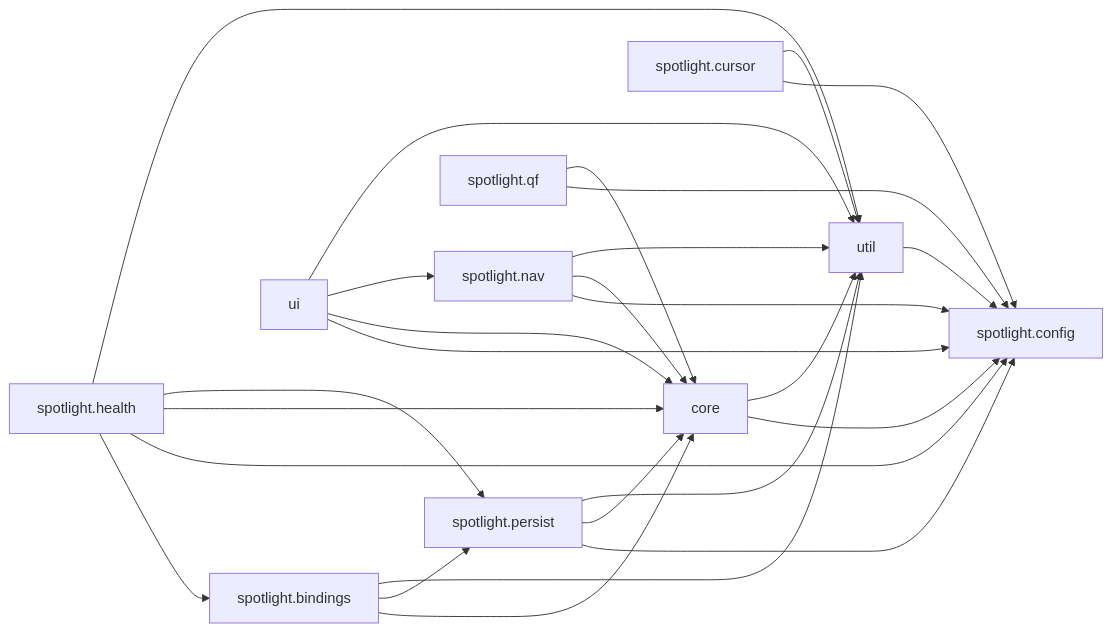
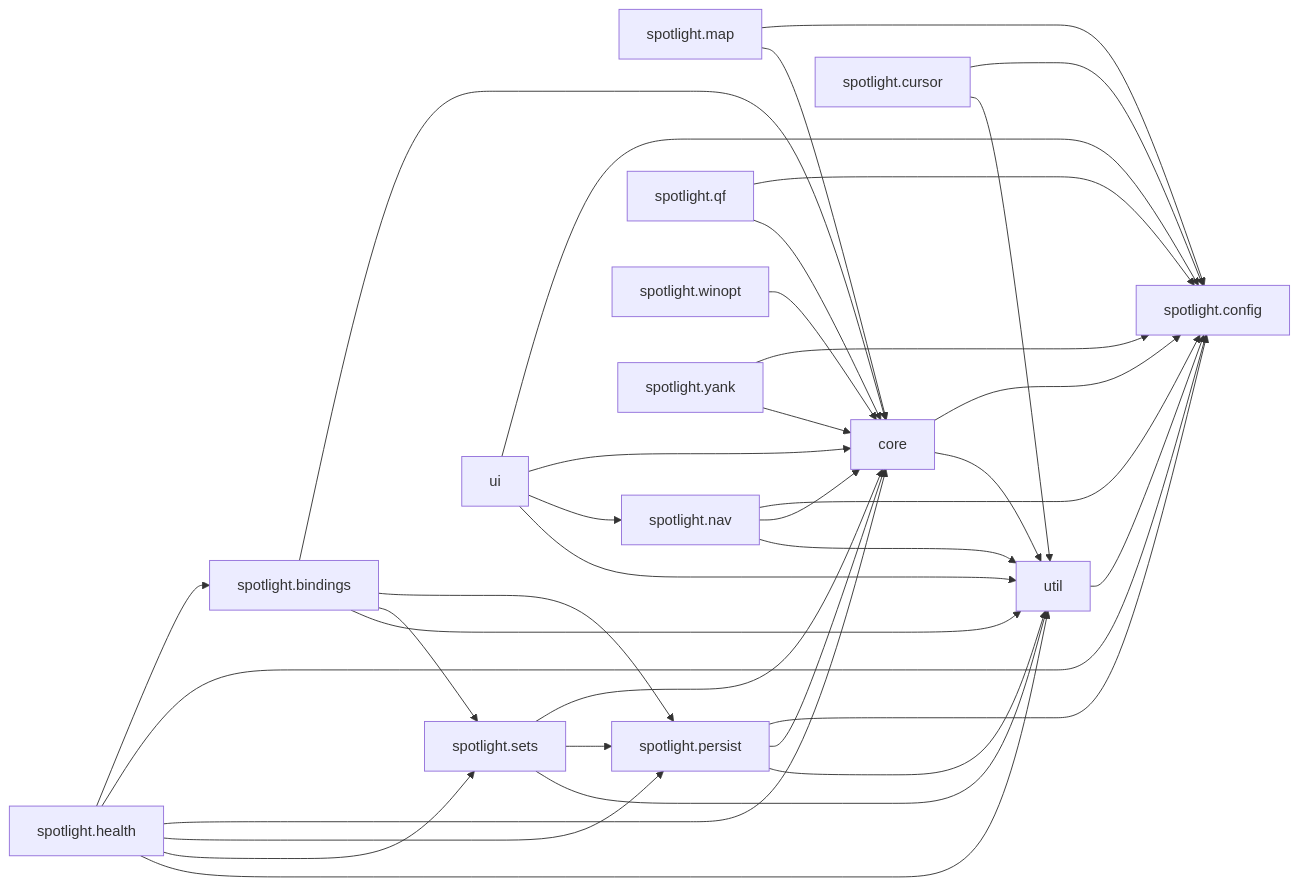
Before and after one commit to StefanBartl/spotlight.nvim: the second of 2 diagrams in docs/map/overview.md, drawn with Mermaid. The commit also changed other lines of this file and 2 other files, not shown here.

Commit message:
docs: update docmap

````diff
--- a/docs/map/overview.md
+++ b/docs/map/overview.md
@@ -38,38 +38,52 @@
 ```mermaid
 flowchart LR
   nlua_spotlight_bindings["spotlight.bindings"]
   nlua_spotlight_config["spotlight.config"]
   nlua_spotlight_core["core"]
   nlua_spotlight_cursor_lua["spotlight.cursor"]
   nlua_spotlight_health_lua["spotlight.health"]
+  nlua_spotlight_map_lua["spotlight.map"]
   nlua_spotlight_nav_lua["spotlight.nav"]
   nlua_spotlight_persist_lua["spotlight.persist"]
   nlua_spotlight_qf_lua["spotlight.qf"]
+  nlua_spotlight_sets_lua["spotlight.sets"]
   nlua_spotlight_ui["ui"]
   nlua_spotlight_util["util"]
+  nlua_spotlight_winopt_lua["spotlight.winopt"]
+  nlua_spotlight_yank_lua["spotlight.yank"]
   nlua_spotlight_bindings --> nlua_spotlight_core
   nlua_spotlight_bindings --> nlua_spotlight_persist_lua
+  nlua_spotlight_bindings --> nlua_spotlight_sets_lua
   nlua_spotlight_bindings --> nlua_spotlight_util
   nlua_spotlight_core --> nlua_spotlight_config
   nlua_spotlight_core --> nlua_spotlight_util
   nlua_spotlight_cursor_lua --> nlua_spotlight_config
   nlua_spotlight_cursor_lua --> nlua_spotlight_util
   nlua_spotlight_health_lua --> nlua_spotlight_bindings
   nlua_spotlight_health_lua --> nlua_spotlight_config
   nlua_spotlight_health_lua --> nlua_spotlight_core
   nlua_spotlight_health_lua --> nlua_spotlight_persist_lua
+  nlua_spotlight_health_lua --> nlua_spotlight_sets_lua
   nlua_spotlight_health_lua --> nlua_spotlight_util
+  nlua_spotlight_map_lua --> nlua_spotlight_config
+  nlua_spotlight_map_lua --> nlua_spotlight_core
   nlua_spotlight_nav_lua --> nlua_spotlight_config
   nlua_spotlight_nav_lua --> nlua_spotlight_core
   nlua_spotlight_nav_lua --> nlua_spotlight_util
   nlua_spotlight_persist_lua --> nlua_spotlight_config
   nlua_spotlight_persist_lua --> nlua_spotlight_core
   nlua_spotlight_persist_lua --> nlua_spotlight_util
   nlua_spotlight_qf_lua --> nlua_spotlight_config
   nlua_spotlight_qf_lua --> nlua_spotlight_core
+  nlua_spotlight_sets_lua --> nlua_spotlight_core
+  nlua_spotlight_sets_lua --> nlua_spotlight_persist_lua
+  nlua_spotlight_sets_lua --> nlua_spotlight_util
   nlua_spotlight_ui --> nlua_spotlight_config
   nlua_spotlight_ui --> nlua_spotlight_core
   nlua_spotlight_ui --> nlua_spotlight_nav_lua
   nlua_spotlight_ui --> nlua_spotlight_util
   nlua_spotlight_util --> nlua_spotlight_config
+  nlua_spotlight_winopt_lua --> nlua_spotlight_core
+  nlua_spotlight_yank_lua --> nlua_spotlight_config
+  nlua_spotlight_yank_lua --> nlua_spotlight_core
 ```
````
